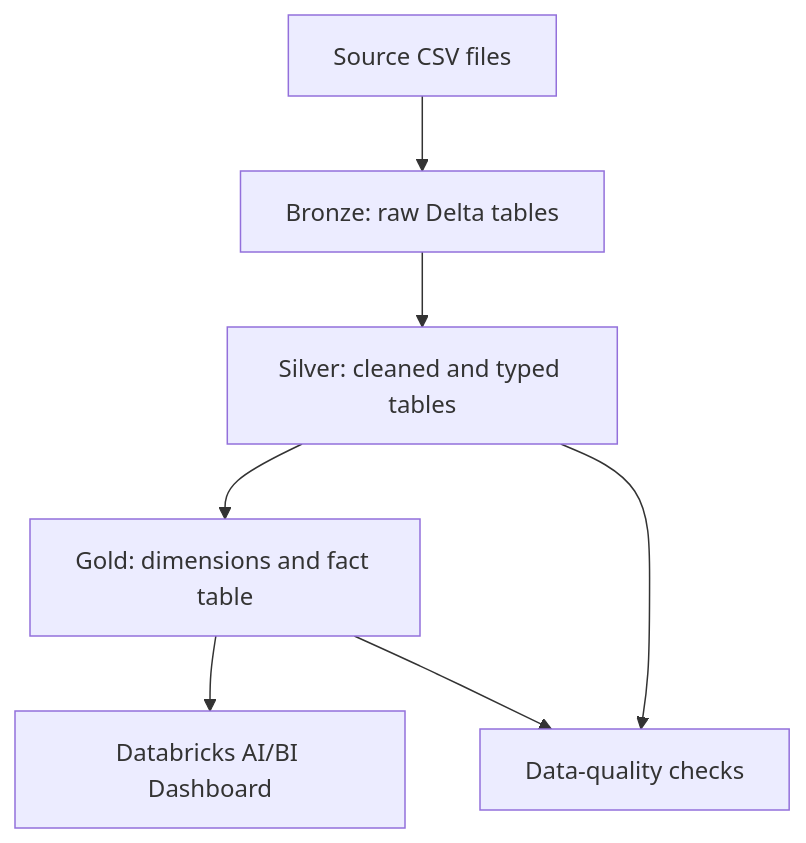
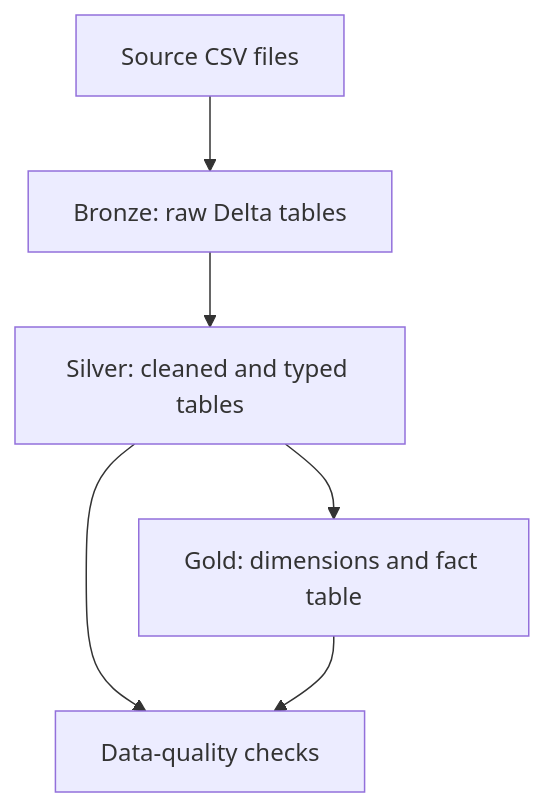
Before and after one commit to ZingaRene/global-sales-logistics-lakehouse: the diagram in README.md, drawn with Mermaid.

Commit message:
Update flowchart by removing Databricks dashboard
Removed reference to Databricks AI/BI Dashboard from flowchart.

````diff
--- a/README.md
+++ b/README.md
@@ -31,9 +31,8 @@
 ```mermaid
 flowchart TD
     A[Source CSV files] --> B[Bronze: raw Delta tables]
     B --> C[Silver: cleaned and typed tables]
     C --> D[Gold: dimensions and fact table]
-    D --> E[Databricks AI/BI Dashboard]
     C --> F[Data-quality checks]
     D --> F
 ```
````
